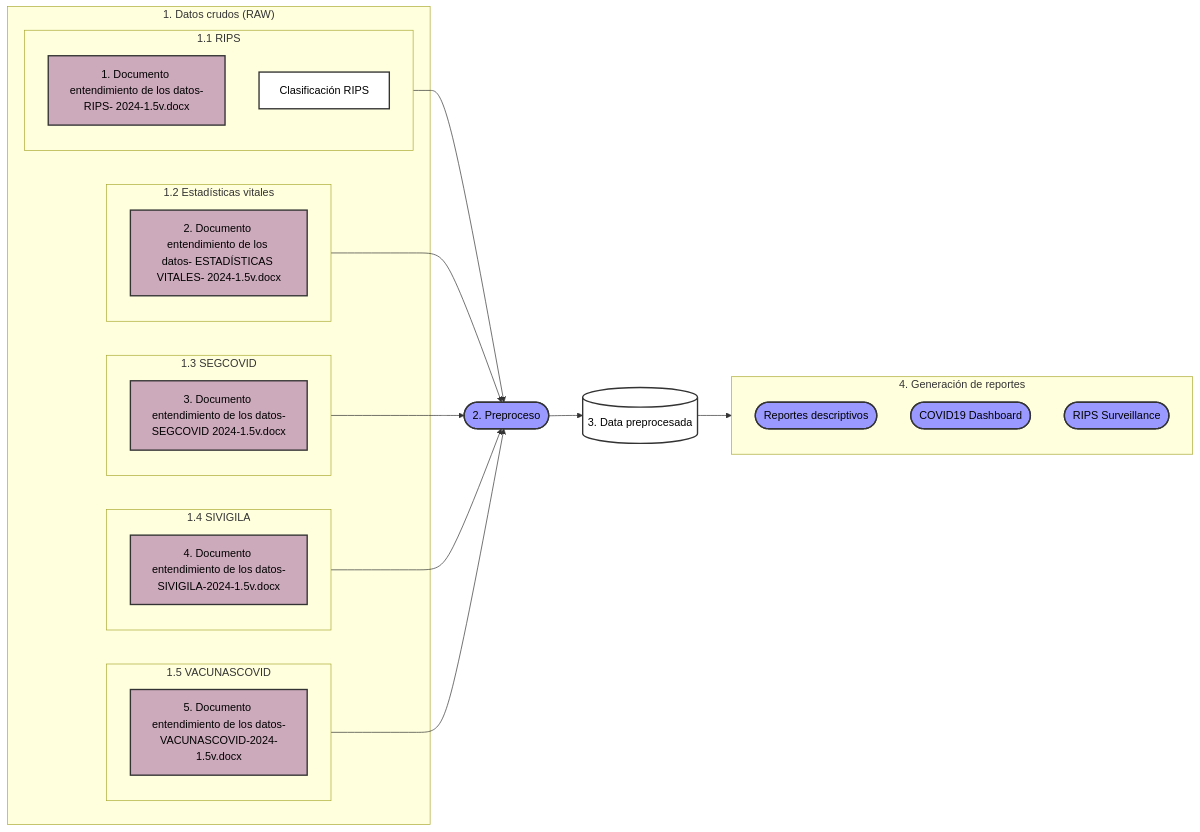
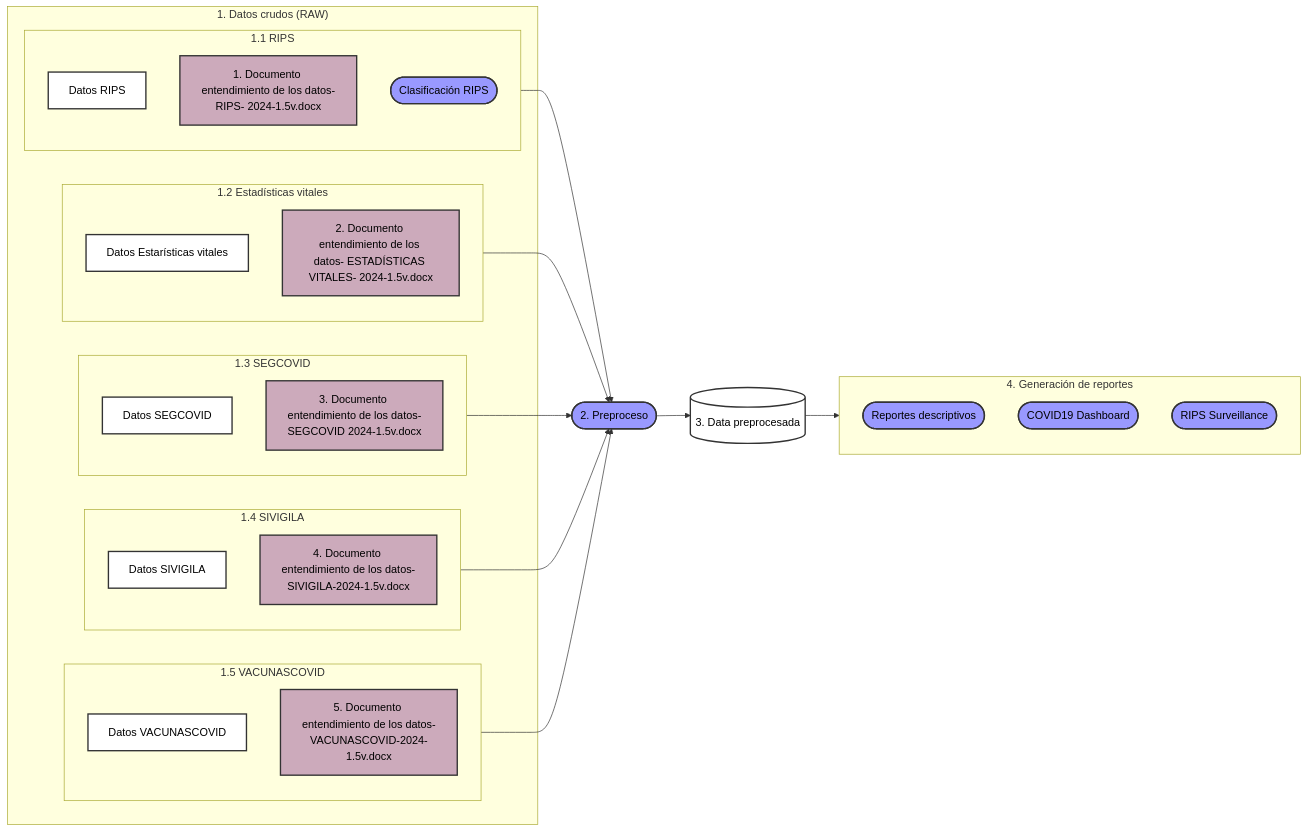
Before and after one commit to AGORA-COL/.github: the diagram in profile/DataLake/FlujoDatos.md, drawn with Mermaid.

````diff
--- a/profile/DataLake/FlujoDatos.md
+++ b/profile/DataLake/FlujoDatos.md
@@ -8,68 +8,74 @@
 ```mermaid
 flowchart LR
     subgraph R["1. Datos crudos (RAW)"]
         subgraph A[1.1 RIPS]
-            DRIPS1[1. Documento entendimiento de los datos-RIPS- 2024-1.5v.docx]
-            CRIPS1[Clasificación RIPS]
+            DATA_RIPS1[Datos RIPS]
+            DOC_RIPS1[1. Documento entendimiento de los datos-RIPS- 2024-1.5v.docx]
+            CRIPS1([Clasificación RIPS])
         end
         subgraph B[1.2 Estadísticas vitales]
-            DRIPS2[2. Documento entendimiento de los datos- ESTADÍSTICAS VITALES- 2024-1.5v.docx]
+            DATA_RIPS2[Datos Estarísticas vitales]
+            DOC_RIPS2[2. Documento entendimiento de los datos- ESTADÍSTICAS VITALES- 2024-1.5v.docx]
         end
         subgraph C[1.3 SEGCOVID]
-            DRIPS3[3. Documento entendimiento de los datos-SEGCOVID 2024-1.5v.docx]
+            DATA_RIPS3[Datos SEGCOVID]
+            DOC_RIPS3[3. Documento entendimiento de los datos-SEGCOVID 2024-1.5v.docx]
         end
         subgraph D[1.4 SIVIGILA]
-            DRIPS4[4. Documento entendimiento de los datos-SIVIGILA-2024-1.5v.docx]
+            DATA_RIPS4[Datos SIVIGILA]
+            DOC_RIPS4[4. Documento entendimiento de los datos-SIVIGILA-2024-1.5v.docx]
         end
         subgraph E[1.5 VACUNASCOVID]
-            DRIPS5[5. Documento entendimiento de los datos-VACUNASCOVID-2024-1.5v.docx]
+            DATA_RIPS5[Datos VACUNASCOVID]
+            DOC_RIPS5[5. Documento entendimiento de los datos-VACUNASCOVID-2024-1.5v.docx]
         end
     end
 
     P([2. Preproceso])
     DP[("3. Data preprocesada")]
     subgraph G["4. Generación de reportes"]
         RD([Reportes descriptivos])
         DB([COVID19 Dashboard])
         RS([RIPS Surveillance])
     end
 
 
     A --> P
     B --> P
     C --> P
     D --> P
     E --> P
 
     P --> DP
     
     DP --> G
 
 
     classDef data fill:#fff,stroke:#333,stroke-width:2px,color:#000;
     classDef doc fill:#cab,stroke:#333,stroke-width:2px,color:#000;
     classDef process fill:#99f,stroke:#333,stroke-width:2px,color:black;
     classDef repository fill:#fff,stroke:#333,stroke-width:2px,stroke: 5 5,color:#000;
     classDef process2 fill:green,stroke:#333,stroke-width:2px,color:#000;
     classDef report fill:#aeb,stroke:#333,stroke-width:2px,color:#000;
 
-    class DRIPS1,DRIPS2,DRIPS3,DRIPS4,DRIPS5 doc;
-    class CRIPS1 data;
+    class DOC_RIPS1,DOC_RIPS2,DOC_RIPS3,DOC_RIPS4,DOC_RIPS5 doc;
+    class DATA_RIPS1,DATA_RIPS2,DATA_RIPS3,DATA_RIPS4,DATA_RIPS5 data;
+    class CRIPS1 process;
     class P process;
     class DP repository;
     class RD,DB,RS process
 
     click P "https://github.com/AGORA-COL/Data_lake"
 
-    click DRIPS1 "https://docs.google.com/document/d/1v1sbOreJdBO0SDKUqhwKxVJw9MxYego8/view"
-    click DRIPS2 "https://docs.google.com/document/d/1iS1R8nHHWaVkTCsxTbTI5t9atf6AJeuR/view"
-    click DRIPS3 "https://docs.google.com/document/d/1ErjxN7yliQpPZoOO_h-7L-Qg5XQCONbd/view"
-    click DRIPS4 "https://docs.google.com/document/d/17mFQoDqTd8Azzy9971D3XkibAzFu6egv/view"
-    click DRIPS5 "https://docs.google.com/document/d/1kIC2y6j7VdZ7J-GziTIGz7EuRUx8Aec9/view"
+    click DOC_RIPS1 "https://docs.google.com/document/d/1v1sbOreJdBO0SDKUqhwKxVJw9MxYego8/view"
+    click DOC_RIPS2 "https://docs.google.com/document/d/1iS1R8nHHWaVkTCsxTbTI5t9atf6AJeuR/view"
+    click DOC_RIPS3 "https://docs.google.com/document/d/1ErjxN7yliQpPZoOO_h-7L-Qg5XQCONbd/view"
+    click DOC_RIPS4 "https://docs.google.com/document/d/17mFQoDqTd8Azzy9971D3XkibAzFu6egv/view"
+    click DOC_RIPS5 "https://docs.google.com/document/d/1kIC2y6j7VdZ7J-GziTIGz7EuRUx8Aec9/view"
 
     click CRIPS1 "https://drive.google.com/drive/folders/1pApPVLWTkwgCbYgMG0tAWkvJDn2RRe1K"
 
     click RD "https://github.com/AGORA-COL/dl-covid19-descriptive-reports"
     click DB "https://github.com/AGORA-COL/dl-covid19-col-dashboard"
     click RS "https://github.com/AGORA-COL/quality-rips-surveillance"
 ```
````
